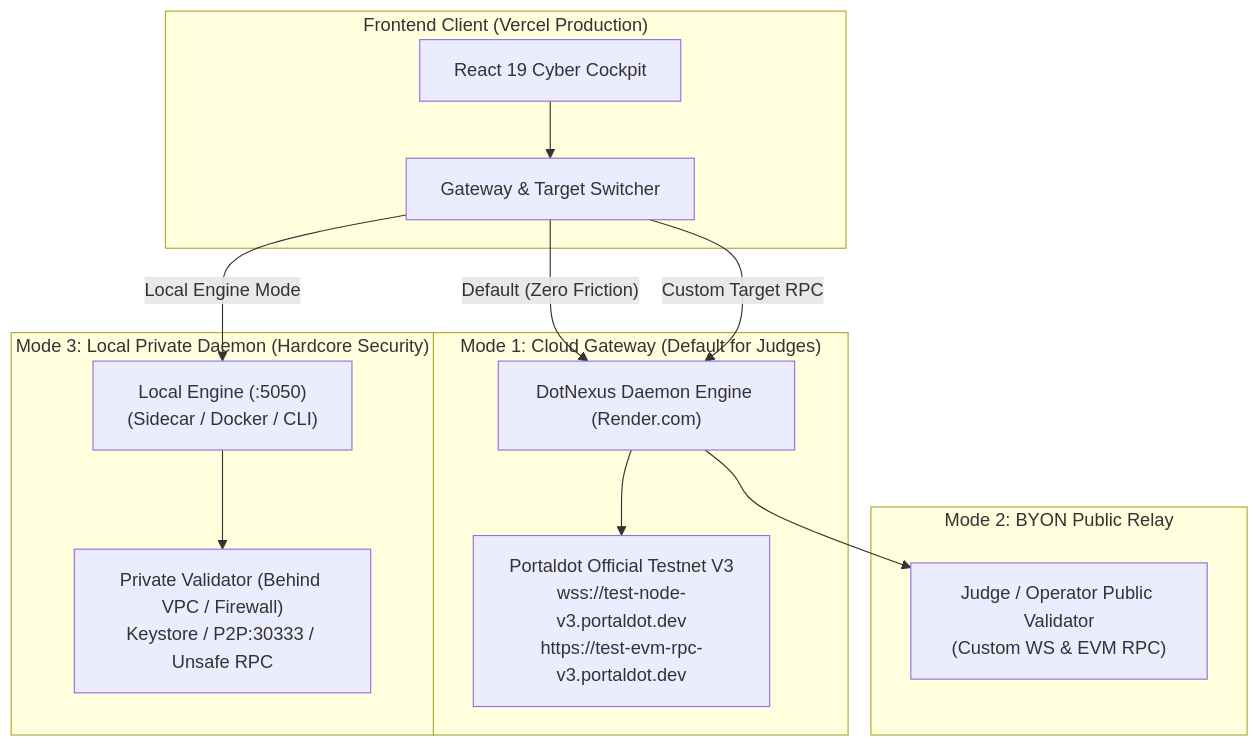
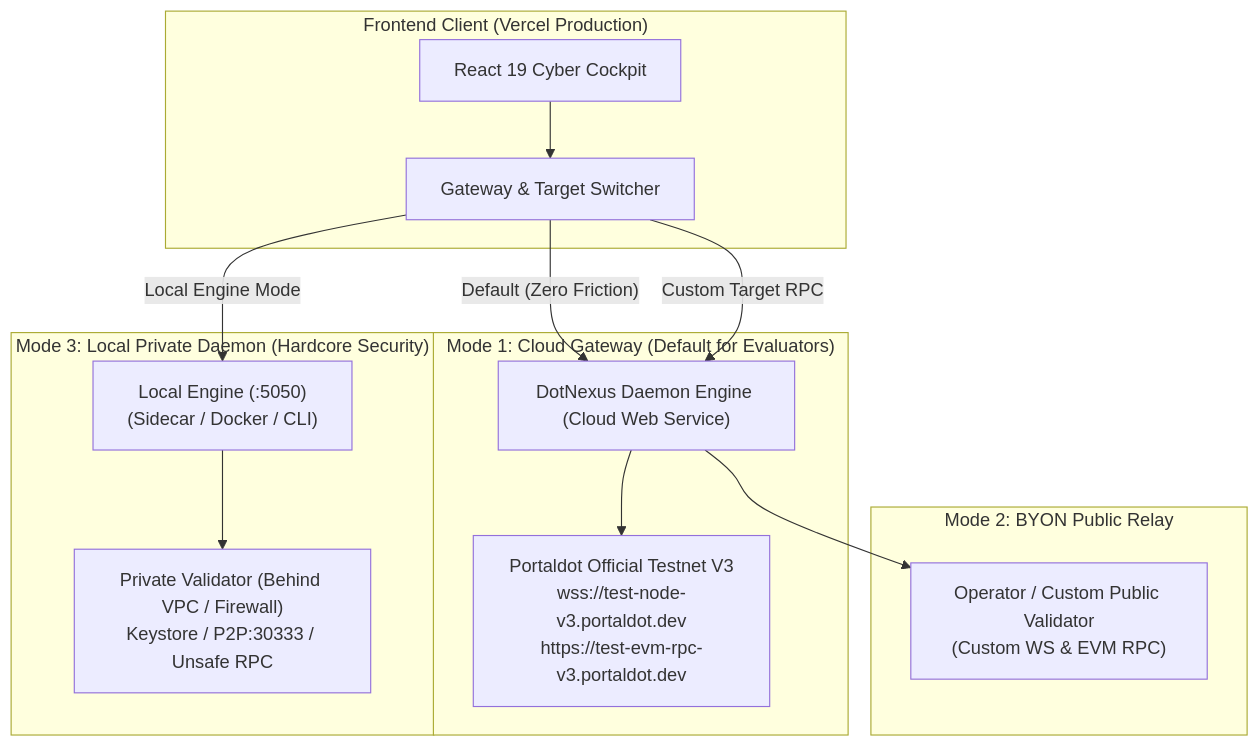
One commit to DanhCaTuanNgoc/DotNexus changed the diagram in docs/TECH_SPEC_HYBRID_CONTROL_PLANE.md. Above: the diagram before and after it, drawn with Mermaid. The commit also changed other lines of this file and 5 other files, not shown here.

````diff
--- a/docs/TECH_SPEC_HYBRID_CONTROL_PLANE.md
+++ b/docs/TECH_SPEC_HYBRID_CONTROL_PLANE.md
@@ -33,26 +33,26 @@
 ```mermaid
 flowchart TD
     subgraph Browser ["Frontend Client (Vercel Production)"]
         UI["React 19 Cyber Cockpit"]
         Switcher["Gateway & Target Switcher"]
     end
 
-    subgraph Mode1 ["Mode 1: Cloud Gateway (Default for Judges)"]
-        RenderBE["DotNexus Daemon Engine (Render.com)"]
+    subgraph Mode1 ["Mode 1: Cloud Gateway (Default for Evaluators)"]
+        RenderBE["DotNexus Daemon Engine (Cloud Web Service)"]
         TestnetV3["Portaldot Official Testnet V3\nwss://test-node-v3.portaldot.dev\nhttps://test-evm-rpc-v3.portaldot.dev"]
     end
 
     subgraph Mode2 ["Mode 2: BYON Public Relay"]
-        CustomPublicNode["Judge / Operator Public Validator\n(Custom WS & EVM RPC)"]
+        CustomPublicNode["Operator / Custom Public Validator\n(Custom WS & EVM RPC)"]
     end
 
     subgraph Mode3 ["Mode 3: Local Private Daemon (Hardcore Security)"]
         LocalBE["Local Engine (:5050)\n(Sidecar / Docker / CLI)"]
         PrivateValidator["Private Validator (Behind VPC / Firewall)\nKeystore / P2P:30333 / Unsafe RPC"]
     end
 
     UI --> Switcher
     Switcher -- "Default (Zero Friction)" --> RenderBE --> TestnetV3
     Switcher -- "Custom Target RPC" --> RenderBE --> CustomPublicNode
     Switcher -- "Local Engine Mode" --> LocalBE --> PrivateValidator
 ```
````
